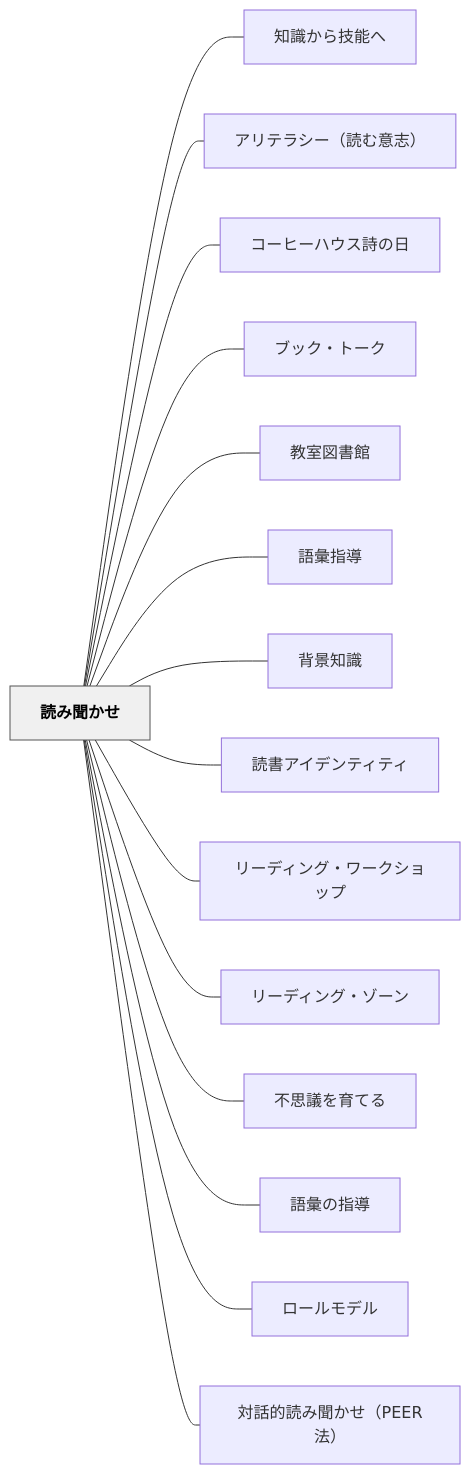
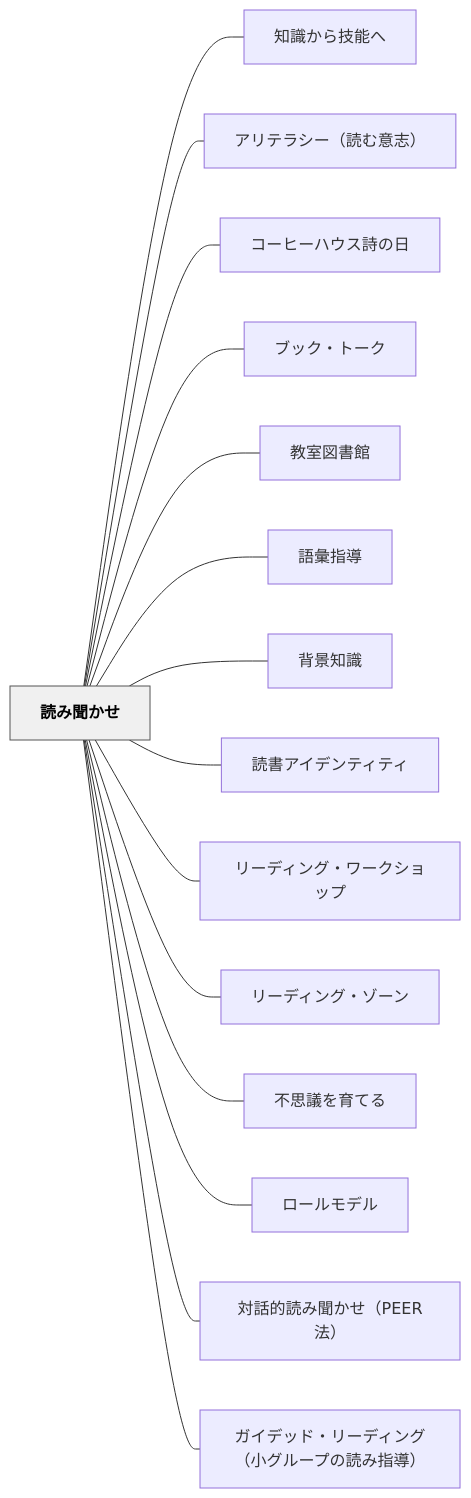
Before and after one commit to unknownthings-ed-patterns/unknownthings-ed-patterns: the diagram in content/パタン/読み聞かせ.md, drawn with Mermaid. The commit also changed other lines of this file and 3 other files, not shown here.

````diff
--- a/content/パタン/読み聞かせ.md
+++ b/content/パタン/読み聞かせ.md
@@ -196,36 +195,36 @@
 ```mermaid
 flowchart LR
     ne8aaade381bfe8819ee3818be3819b["読み聞かせ"]
     ne79fa5e8ad98e3818be38289e68a80e883bde381b8["知識から技能へ"]
     ne382a2e383aae38386e383a9e382b7e383bcefbc88e8aaade38280e6848fe5bf97efbc89["アリテラシー（読む意志）"]
     ne382b3e383bce38392e383bce3838fe382a6e382b9e8a9a9e381aee697a5["コーヒーハウス詩の日"]
     ne38396e38383e382afe383bbe38388e383bce382af["ブック・トーク"]
     ne69599e5aea4e59bb3e69bb8e9a4a8["教室図書館"]
     ne8aa9ee5bd99e68c87e5b08e["語彙指導"]
     ne8838ce699afe79fa5e8ad98["背景知識"]
     ne8aaade69bb8e382a2e382a4e38387e383b3e38386e382a3e38386e382a3["読書アイデンティティ"]
     ne383aae383bce38387e382a3e383b3e382b0e383bbe383afe383bce382afe382b7e383a7e38383e38397["リーディング・ワークショップ"]
     ne383aae383bce38387e382a3e383b3e382b0e383bbe382bee383bce383b3["リーディング・ゾーン"]
     ne4b88de6809de8adb0e38292e882b2e381a6e3828b["不思議を育てる"]
-    ne8aa9ee5bd99e381aee68c87e5b08e["語彙の指導"]
     ne383ade383bce383abe383a2e38387e383ab["ロールモデル"]
     ne5afbee8a9b1e79a84e8aaade381bfe8819ee3818be3819befbc8850454552e6b395efbc89["対話的読み聞かせ（PEER法）"]
+    ne382ace382a4e38387e38383e38389e383bbe383aae383bce38387e382a3e383b3e382b0efbc88e5b08fe382b0e383abe383bce38397e381aee8aaade381bfe68c87e5b08eefbc89["ガイデッド・リーディング（小グループの読み指導）"]
 
     ne8aaade381bfe8819ee3818be3819b --- ne79fa5e8ad98e3818be38289e68a80e883bde381b8
     ne8aaade381bfe8819ee3818be3819b --- ne382a2e383aae38386e383a9e382b7e383bcefbc88e8aaade38280e6848fe5bf97efbc89
     ne8aaade381bfe8819ee3818be3819b --- ne382b3e383bce38392e383bce3838fe382a6e382b9e8a9a9e381aee697a5
     ne8aaade381bfe8819ee3818be3819b --- ne38396e38383e382afe383bbe38388e383bce382af
     ne8aaade381bfe8819ee3818be3819b --- ne69599e5aea4e59bb3e69bb8e9a4a8
     ne8aaade381bfe8819ee3818be3819b --- ne8aa9ee5bd99e68c87e5b08e
     ne8aaade381bfe8819ee3818be3819b --- ne8838ce699afe79fa5e8ad98
     ne8aaade381bfe8819ee3818be3819b --- ne8aaade69bb8e382a2e382a4e38387e383b3e38386e382a3e38386e382a3
     ne8aaade381bfe8819ee3818be3819b --- ne383aae383bce38387e382a3e383b3e382b0e383bbe383afe383bce382afe382b7e383a7e38383e38397
     ne8aaade381bfe8819ee3818be3819b --- ne383aae383bce38387e382a3e383b3e382b0e383bbe382bee383bce383b3
     ne8aaade381bfe8819ee3818be3819b --- ne4b88de6809de8adb0e38292e882b2e381a6e3828b
-    ne8aaade381bfe8819ee3818be3819b --- ne8aa9ee5bd99e381aee68c87e5b08e
     ne8aaade381bfe8819ee3818be3819b --- ne383ade383bce383abe383a2e38387e383ab
     ne8aaade381bfe8819ee3818be3819b --- ne5afbee8a9b1e79a84e8aaade381bfe8819ee3818be3819befbc8850454552e6b395efbc89
+    ne8aaade381bfe8819ee3818be3819b --- ne382ace382a4e38387e38383e38389e383bbe383aae383bce38387e382a3e383b3e382b0efbc88e5b08fe382b0e383abe383bce38397e381aee8aaade381bfe68c87e5b08eefbc89
 
     classDef hub fill:#f0f0f0,stroke:#555,color:#000,font-weight:bold
     class ne8aaade381bfe8819ee3818be3819b hub
 ```
````
